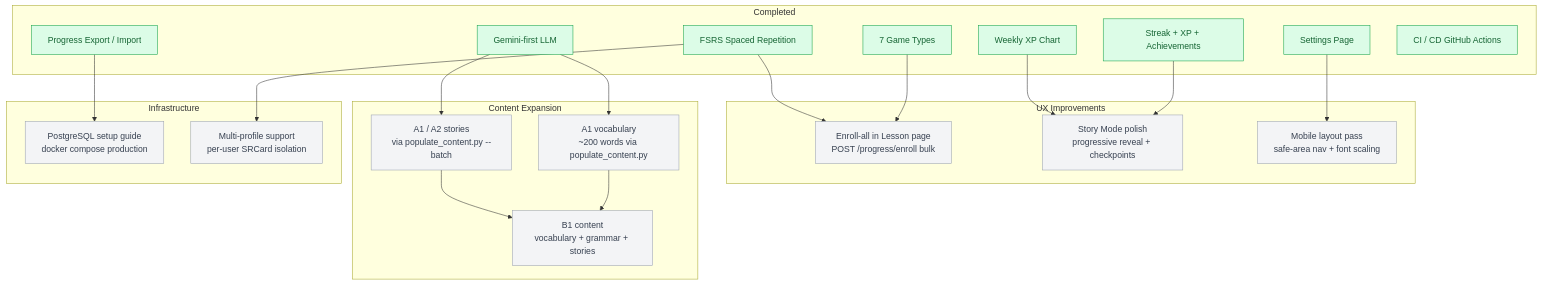
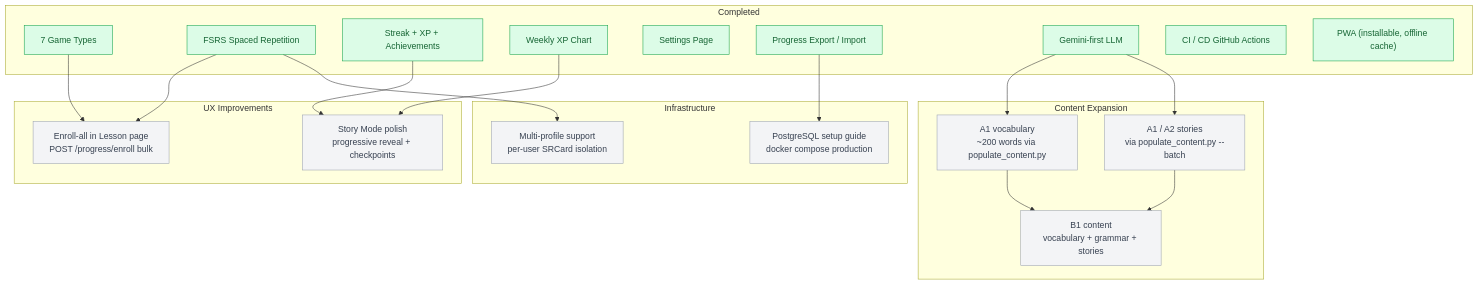
One commit to dccartagena/nederlands-leren changed the seventh of 7 diagrams in README.md. Above: the diagram before and after it, drawn with Mermaid. The commit also changed other lines of this file and 1 other file, not shown here.

First line of the commit message:
docs: update README and CLAUDE.md for PWA mobile support

````diff
--- a/README.md
+++ b/README.md
@@ -599,41 +622,40 @@
 ```mermaid
 flowchart TD
     classDef done fill:#dcfce7,stroke:#16a34a,color:#166534
     classDef planned fill:#f3f4f6,stroke:#9ca3af,color:#374151
 
     subgraph done_group ["Completed"]
         A["7 Game Types"]:::done
         B["FSRS Spaced Repetition"]:::done
         C["Streak + XP + Achievements"]:::done
         D["Weekly XP Chart"]:::done
         E["Settings Page"]:::done
         F["Progress Export / Import"]:::done
         G["Gemini-first LLM"]:::done
         H["CI / CD GitHub Actions"]:::done
+        I["PWA (installable, offline cache)"]:::done
     end
 
     subgraph ux ["UX Improvements"]
-        I["Enroll-all in Lesson page\nPOST /progress/enroll bulk"]:::planned
-        J["Story Mode polish\nprogressive reveal + checkpoints"]:::planned
-        K["Mobile layout pass\nsafe-area nav + font scaling"]:::planned
+        J["Enroll-all in Lesson page\nPOST /progress/enroll bulk"]:::planned
+        K["Story Mode polish\nprogressive reveal + checkpoints"]:::planned
     end
 
     subgraph content ["Content Expansion"]
         L["A1 vocabulary\n~200 words via populate_content.py"]:::planned
         M["A1 / A2 stories\nvia populate_content.py --batch"]:::planned
         N["B1 content\nvocabulary + grammar + stories"]:::planned
     end
 
     subgraph infra ["Infrastructure"]
         O["PostgreSQL setup guide\ndocker compose production"]:::planned
         P["Multi-profile support\nper-user SRCard isolation"]:::planned
     end
 
-    A & B --> I
-    C & D --> J
-    E --> K
+    A & B --> J
+    C & D --> K
     G --> L & M
     L & M --> N
     F --> O
     B --> P
 ```
````
